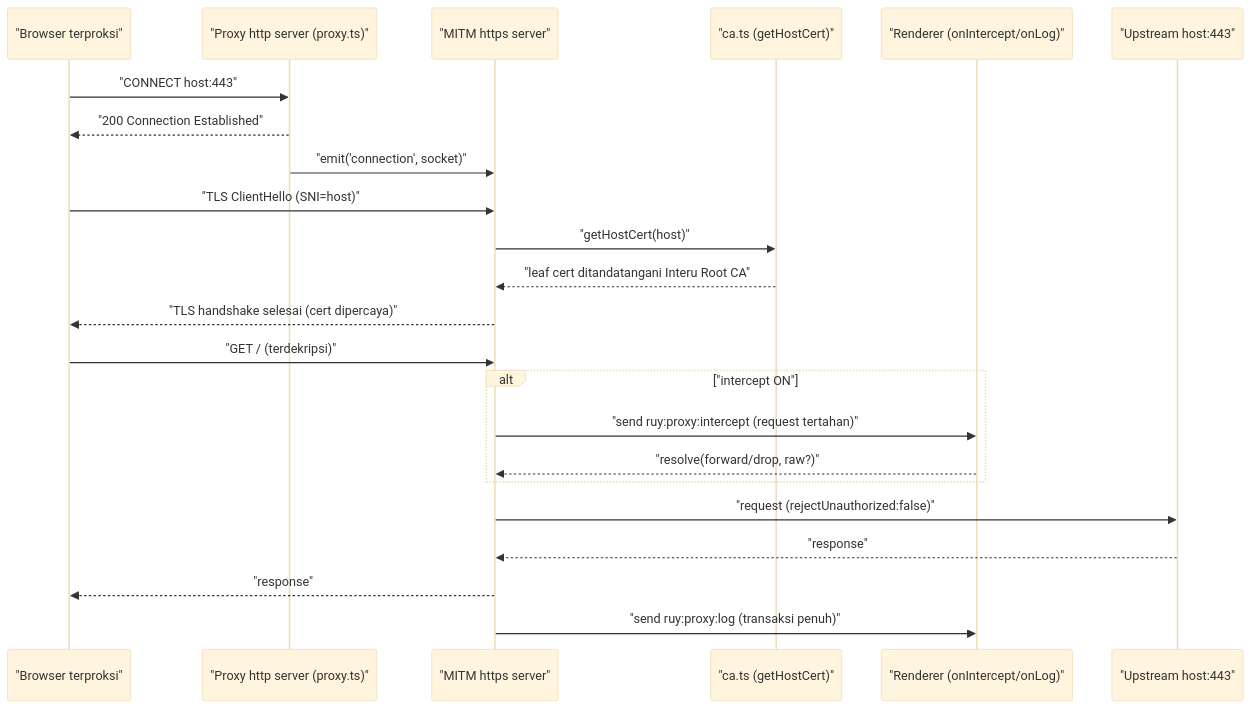
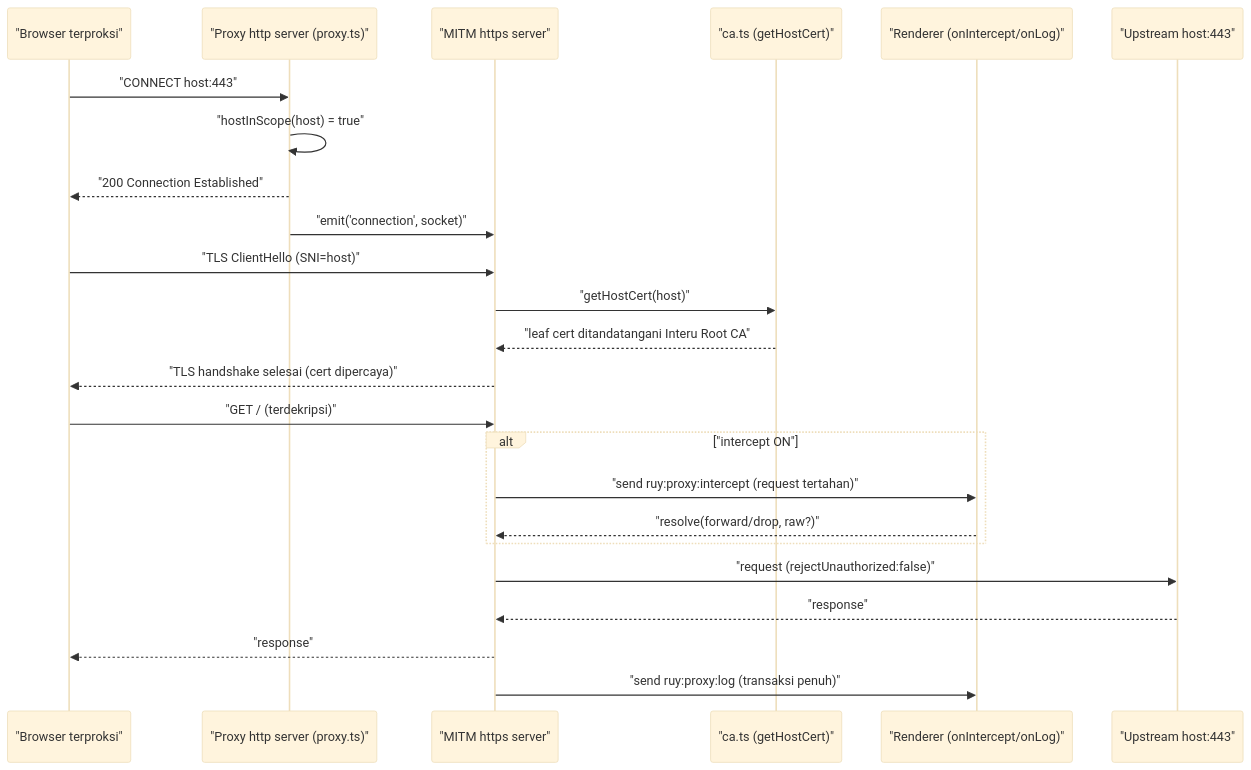
Before and after one commit to AlatBekam/Interu: the second of 2 diagrams in docs/003_arsitektur.md, drawn with Mermaid (base theme). The commit also changed other lines of this file and 19 other files, not shown here.

````diff
--- a/docs/003_arsitektur.md
+++ b/docs/003_arsitektur.md
@@ -126,26 +157,27 @@
 ```mermaid
 sequenceDiagram
   participant B as "Browser terproksi"
   participant P as "Proxy http server (proxy.ts)"
   participant M as "MITM https server"
   participant CA as "ca.ts (getHostCert)"
   participant R as "Renderer (onIntercept/onLog)"
   participant U as "Upstream host:443"
 
   B->>P: "CONNECT host:443"
+  P->>P: "hostInScope(host) = true"
   P-->>B: "200 Connection Established"
   P->>M: "emit('connection', socket)"
   B->>M: "TLS ClientHello (SNI=host)"
   M->>CA: "getHostCert(host)"
   CA-->>M: "leaf cert ditandatangani Interu Root CA"
   M-->>B: "TLS handshake selesai (cert dipercaya)"
   B->>M: "GET / (terdekripsi)"
   alt "intercept ON"
     M->>R: "send ruy:proxy:intercept (request tertahan)"
     R-->>M: "resolve(forward/drop, raw?)"
   end
   M->>U: "request (rejectUnauthorized:false)"
   U-->>M: "response"
   M-->>B: "response"
   M->>R: "send ruy:proxy:log (transaksi penuh)"
 ```
````
